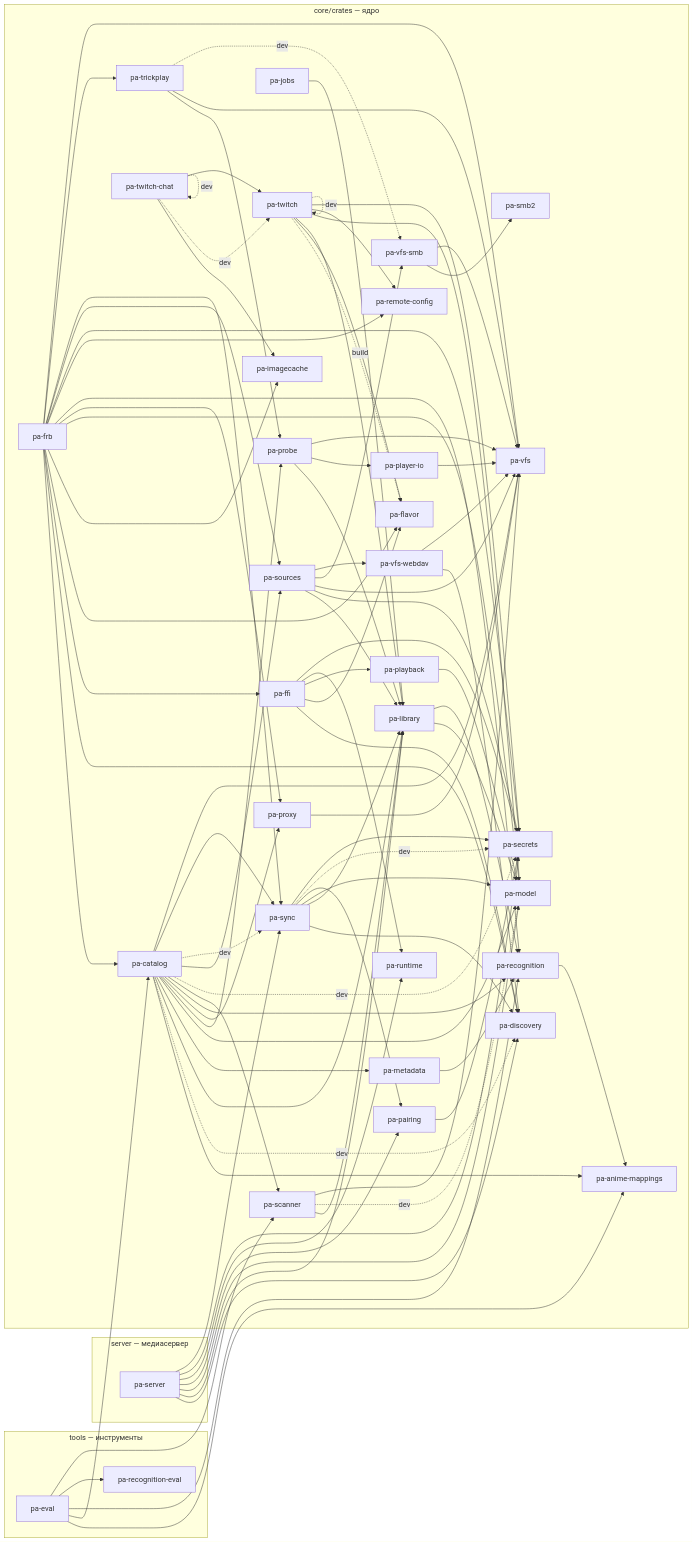
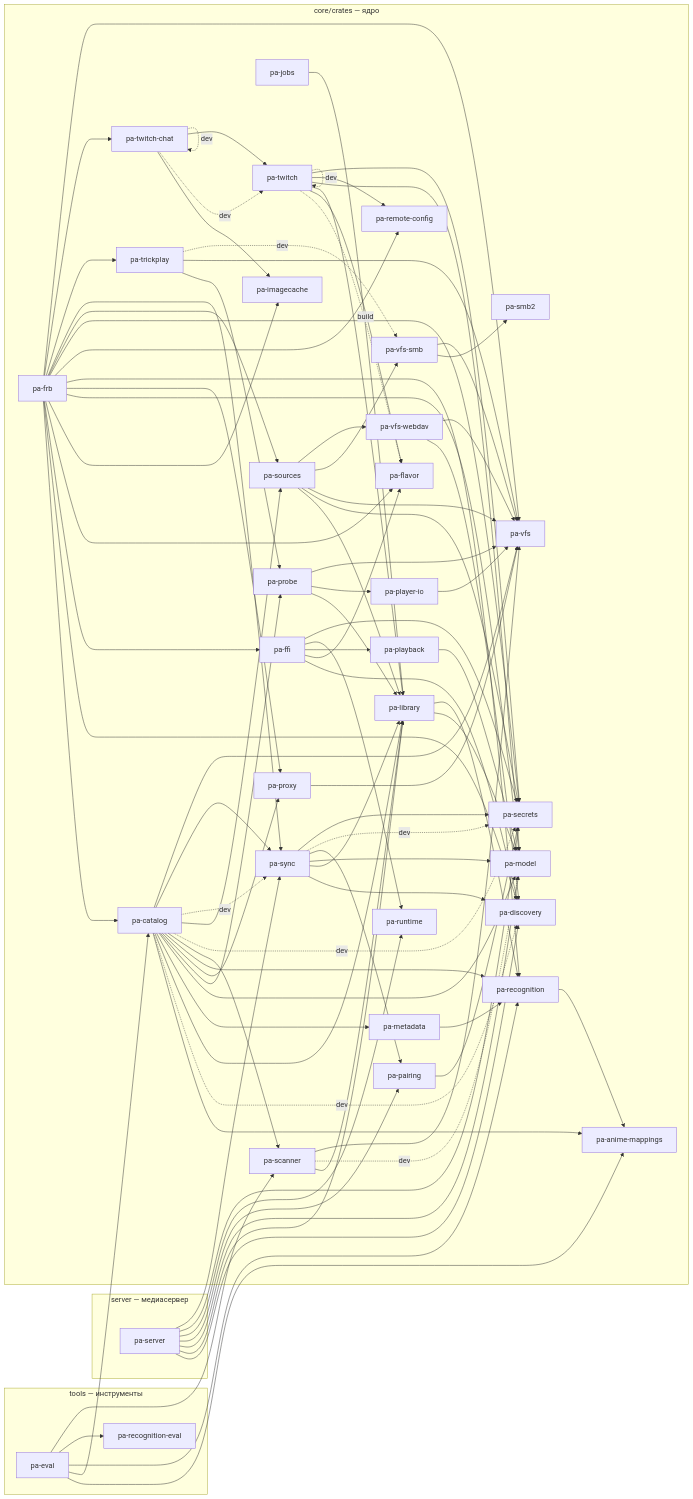
Before and after one commit to DenisHumen/kinolune: the diagram in docs/dev/crate-graph.md, drawn with Mermaid.

Commit message:
Merge main; assign ADR numbers

```diff
--- a/docs/dev/crate-graph.md
+++ b/docs/dev/crate-graph.md
@@ -87,6 +87,7 @@
   pa_frb --> pa_sources
   pa_frb --> pa_sync
   pa_frb --> pa_trickplay
+  pa_frb --> pa_twitch_chat
   pa_frb --> pa_vfs
   pa_jobs --> pa_library
   pa_library --> pa_model
```
